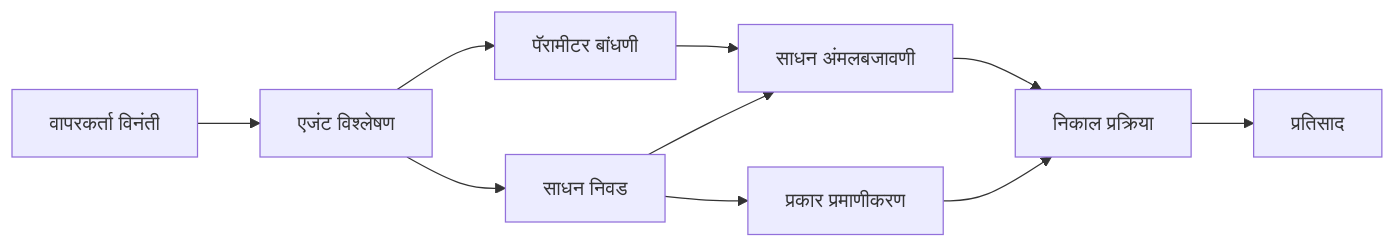
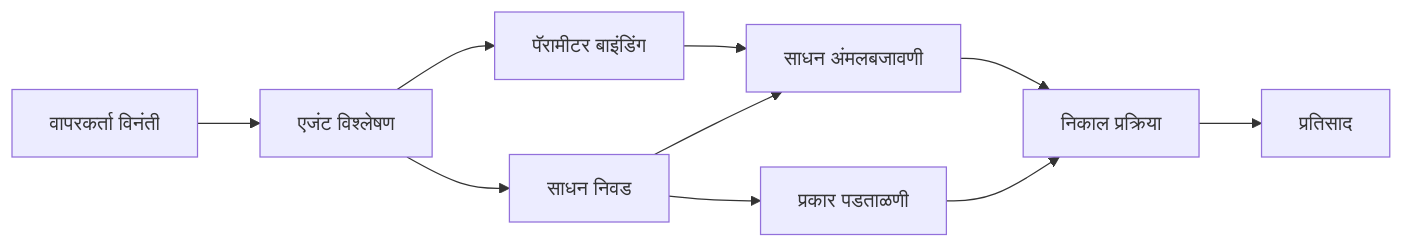
The diagram in translations/mr/04-tool-use/code_samples/04-dotnet-agent-framework.md (venturemavenwill/azureaifundamentals), drawn with Mermaid before and after one commit. The commit also changed other lines of this file and 2002 other files, not shown here.

````diff
--- a/translations/mr/04-tool-use/code_samples/04-dotnet-agent-framework.md
+++ b/translations/mr/04-tool-use/code_samples/04-dotnet-agent-framework.md
@@ -40,12 +40,12 @@
 ```mermaid
 graph LR
     A[वापरकर्ता विनंती] --> B[एजंट विश्लेषण]
     B --> C[साधन निवड]
-    C --> D[प्रकार प्रमाणीकरण]
-    B --> E[पॅरामीटर बांधणी]
+    C --> D[प्रकार पडताळणी]
+    B --> E[पॅरामीटर बाइंडिंग]
     E --> F[साधन अंमलबजावणी]
     C --> F
     F --> G[निकाल प्रक्रिया]
     D --> G
     G --> H[प्रतिसाद]
 ```
````
